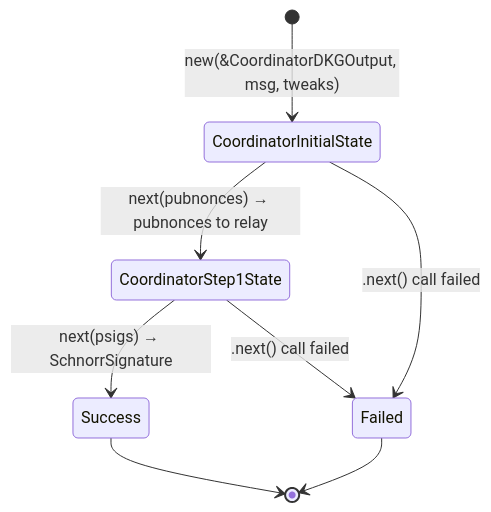
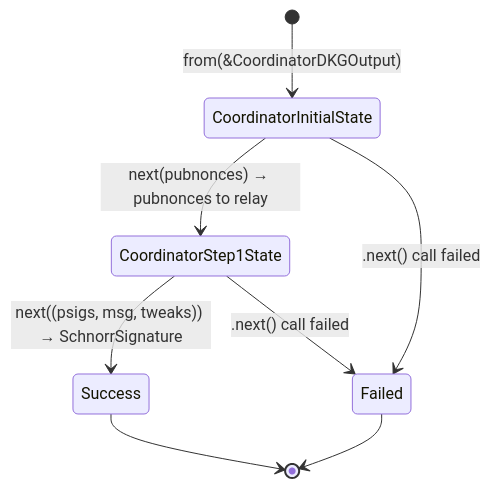
Before and after one commit to olegfomenko/chilldkg: the fourth of 4 diagrams in README.md, drawn with Mermaid. The commit also changed other lines of this file and 5 other files, not shown here.

````diff
--- a/README.md
+++ b/README.md
@@ -338,10 +471,10 @@
 ```mermaid
 stateDiagram-v2
-    [*] --> CoordinatorInitialState: new(&CoordinatorDKGOutput, msg, tweaks)
+    [*] --> CoordinatorInitialState: from(&CoordinatorDKGOutput)
     CoordinatorInitialState --> CoordinatorStep1State: next(pubnonces) → pubnonces to relay
     CoordinatorInitialState --> Failed: .next() call failed
-    CoordinatorStep1State --> Success: next(psigs) → SchnorrSignature
+    CoordinatorStep1State --> Success: next((psigs, msg, tweaks)) → SchnorrSignature
     CoordinatorStep1State --> Failed: .next() call failed
     Success --> [*]
     Failed --> [*]
 ```
````
